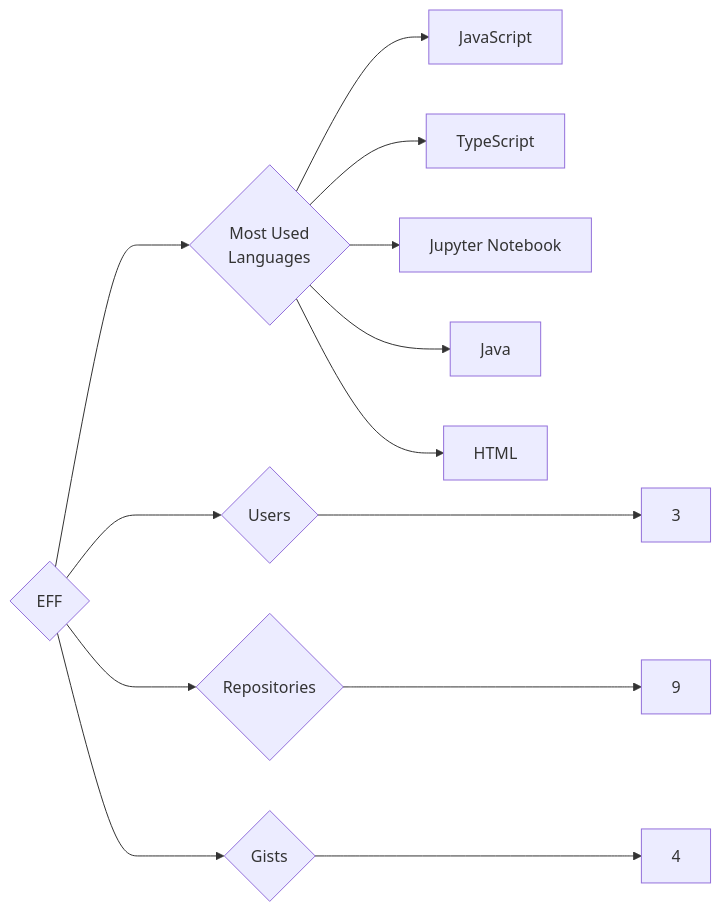
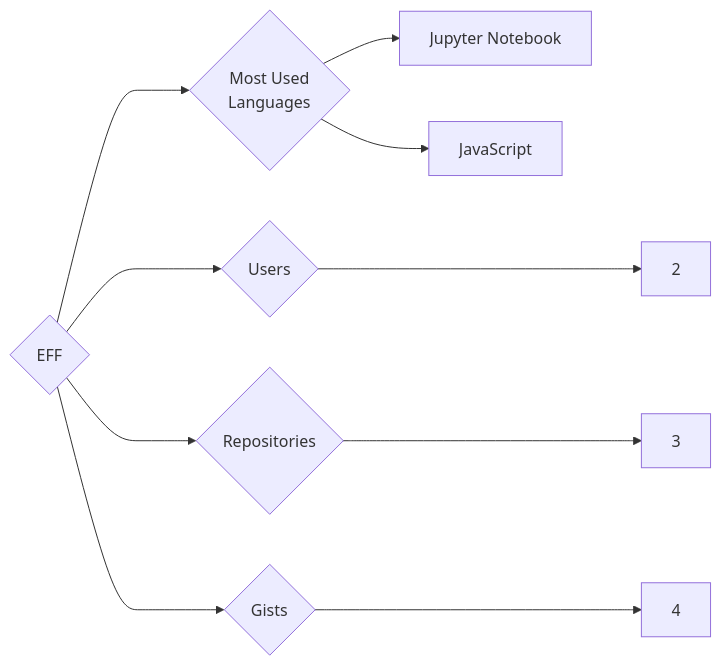
One commit to trickest/insiders changed the diagram in targets/EFF/README.md. Above: the diagram before and after it, drawn with Mermaid. The commit also changed 988 other files, not shown here.

````diff
--- a/targets/EFF/README.md
+++ b/targets/EFF/README.md
@@ -3,13 +3,10 @@
 ```mermaid
 graph LR
 COMPANY_NAME{EFF}
-COMPANY_NAME ---> U{Users} ---> UN[3]
-COMPANY_NAME ---> R{Repositories} ---> RN[9]
+COMPANY_NAME ---> U{Users} ---> UN[2]
+COMPANY_NAME ---> R{Repositories} ---> RN[3]
 COMPANY_NAME ---> G{Gists} ---> GN[4]
 COMPANY_NAME ---> ML{Most Used<br>Languages}
+ML --> Jupyter_Notebook[Jupyter Notebook]
 ML --> JavaScript[JavaScript]
-ML --> TypeScript[TypeScript]
-ML --> Jupyter_Notebook[Jupyter Notebook]
-ML --> Java[Java]
-ML --> HTML[HTML]
 ```
````
